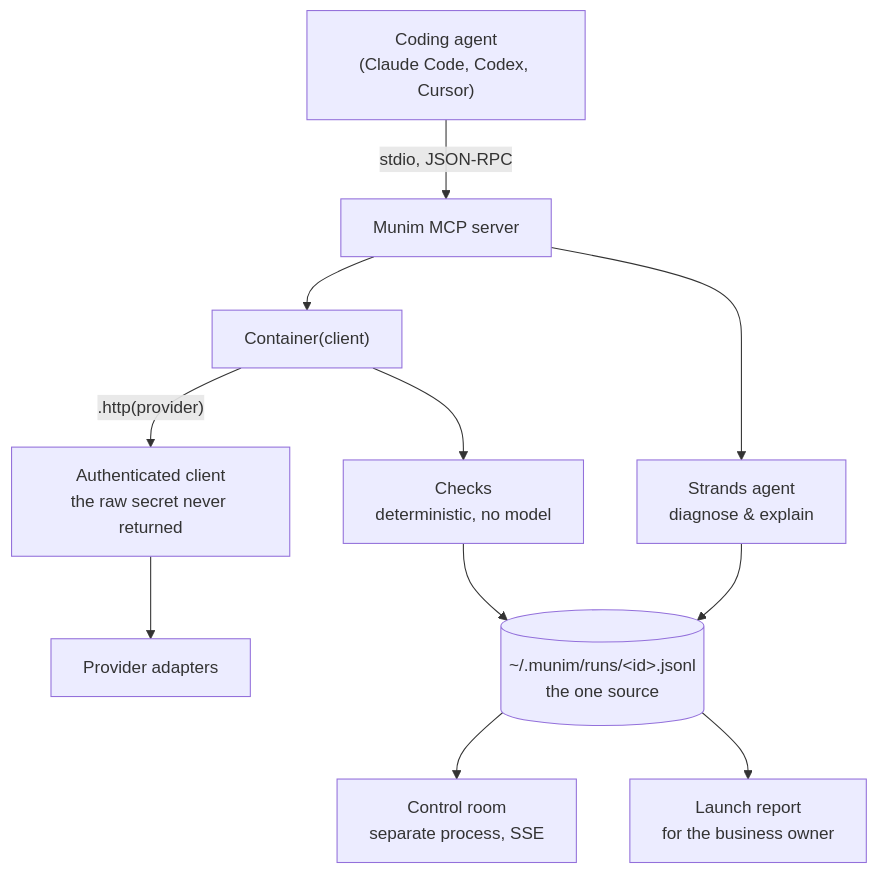
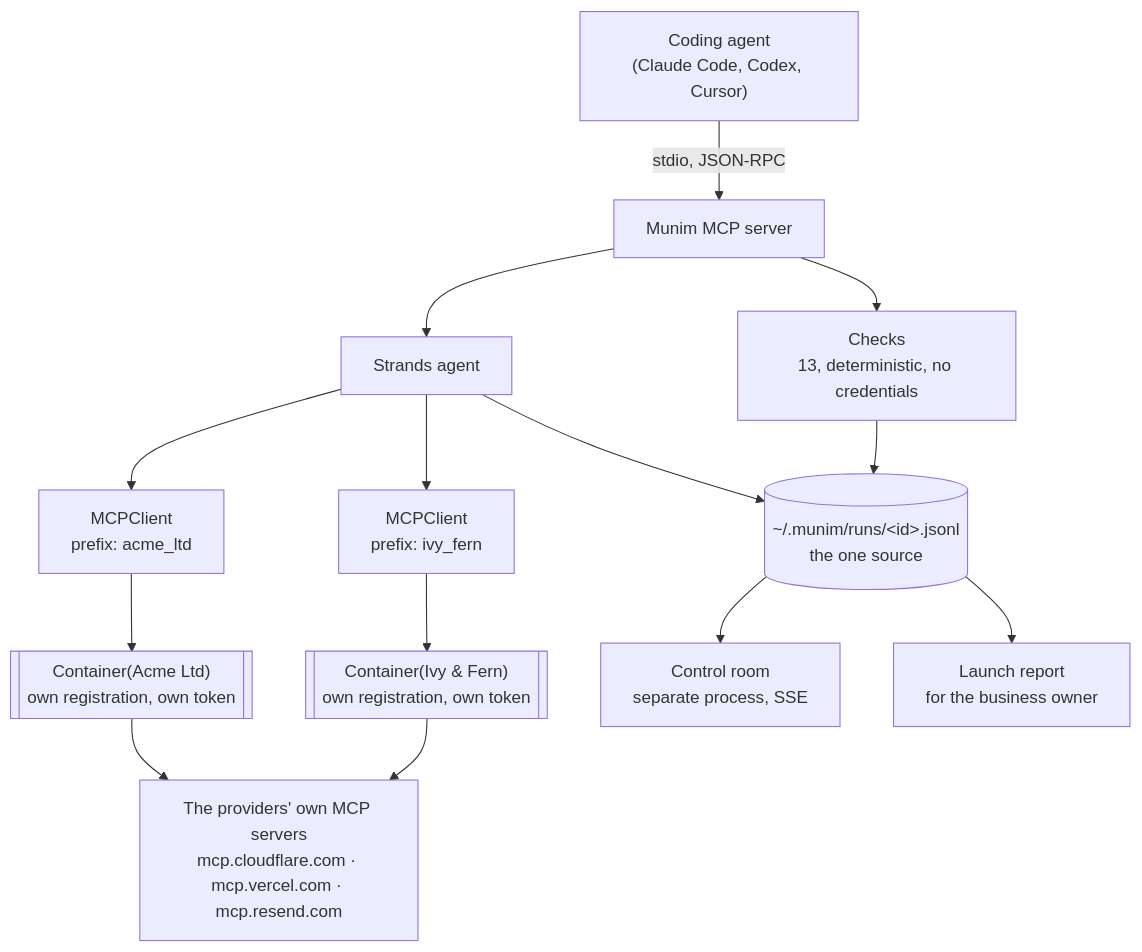
One commit to vishalsg42/munim changed the diagram in README.md. Above: the diagram before and after it, drawn with Mermaid. The commit also changed other lines of this file and 1 other file, not shown here.

````diff
--- a/README.md
+++ b/README.md
@@ -133,13 +142,19 @@
 ```mermaid
 flowchart TD
     A["Coding agent<br/>(Claude Code, Codex, Cursor)"] -->|stdio, JSON-RPC| B["Munim MCP server"]
-    B --> C["Container(client)"]
-    C -->|".http(provider)"| D["Authenticated client<br/>the raw secret never returned"]
-    D --> E["Provider adapters"]
-    C --> F["Checks<br/>deterministic, no model"]
-    B --> G["Strands agent<br/>diagnose &amp; explain"]
+
+    B --> F["Checks<br/>13, deterministic, no credentials"]
+    B --> G["Strands agent"]
+
+    G --> S1["MCPClient<br/>prefix: acme_ltd"]
+    G --> S2["MCPClient<br/>prefix: ivy_fern"]
+    S1 --> K1[["Container(Acme Ltd)<br/>own registration, own token"]]
+    S2 --> K2[["Container(Ivy &amp; Fern)<br/>own registration, own token"]]
+    K1 --> P["The providers' own MCP servers<br/>mcp.cloudflare.com · mcp.vercel.com · mcp.resend.com"]
+    K2 --> P
+
     G --> H[("~/.munim/runs/&lt;id&gt;.jsonl<br/>the one source")]
     F --> H
     H --> I["Control room<br/>separate process, SSE"]
     H --> J["Launch report<br/>for the business owner"]
 ```
````
